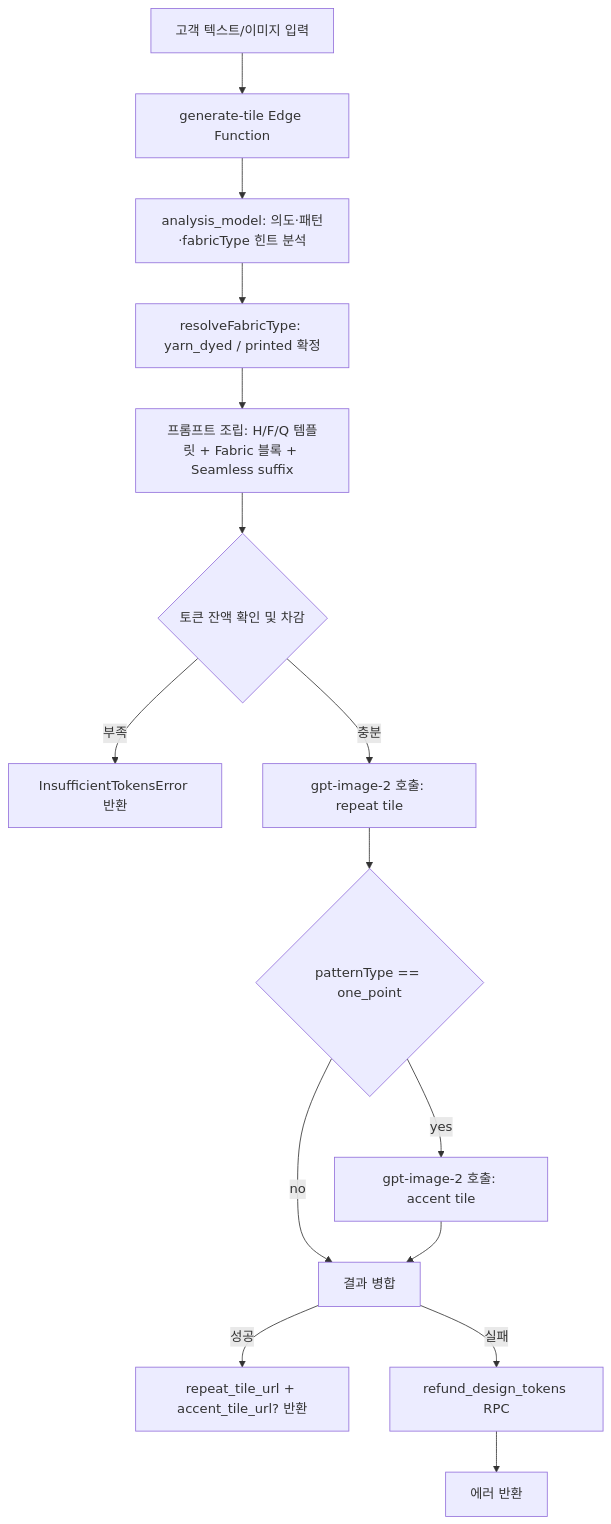
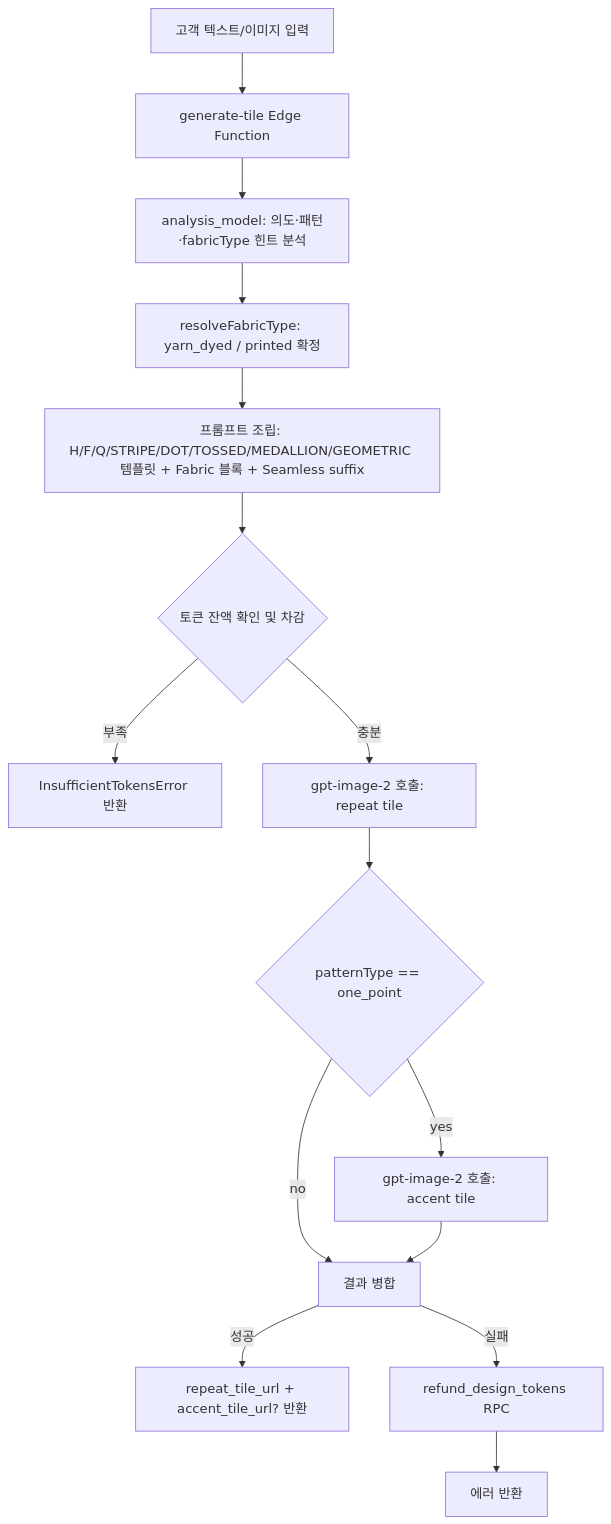
The diagram in docs/domains/design.md (Bongseop-Kim/YeongSeon), drawn with Mermaid before and after one commit. The commit also changed 21 other files, not shown here.

````diff
--- a/docs/domains/design.md
+++ b/docs/domains/design.md
@@ -25,17 +25,17 @@
 ```mermaid
 flowchart TD
     A[고객 텍스트/이미지 입력] --> B[generate-tile Edge Function]
     B --> C[analysis_model: 의도·패턴·fabricType 힌트 분석]
     C --> D[resolveFabricType: yarn_dyed / printed 확정]
-    D --> E[프롬프트 조립: H/F/Q 템플릿 + Fabric 블록 + Seamless suffix]
+    D --> E[프롬프트 조립: H/F/Q/STRIPE/DOT/TOSSED/MEDALLION/GEOMETRIC 템플릿 + Fabric 블록 + Seamless suffix]
     E --> F{토큰 잔액 확인 및 차감}
     F -->|부족| G[InsufficientTokensError 반환]
     F -->|충분| H[gpt-image-2 호출: repeat tile]
     H --> I{patternType == one_point}
     I -->|yes| J[gpt-image-2 호출: accent tile]
     I -->|no| K[결과 병합]
     J --> K
     K -->|성공| L[repeat_tile_url + accent_tile_url? 반환]
     K -->|실패| M[refund_design_tokens RPC]
     M --> N[에러 반환]
 ```
````
